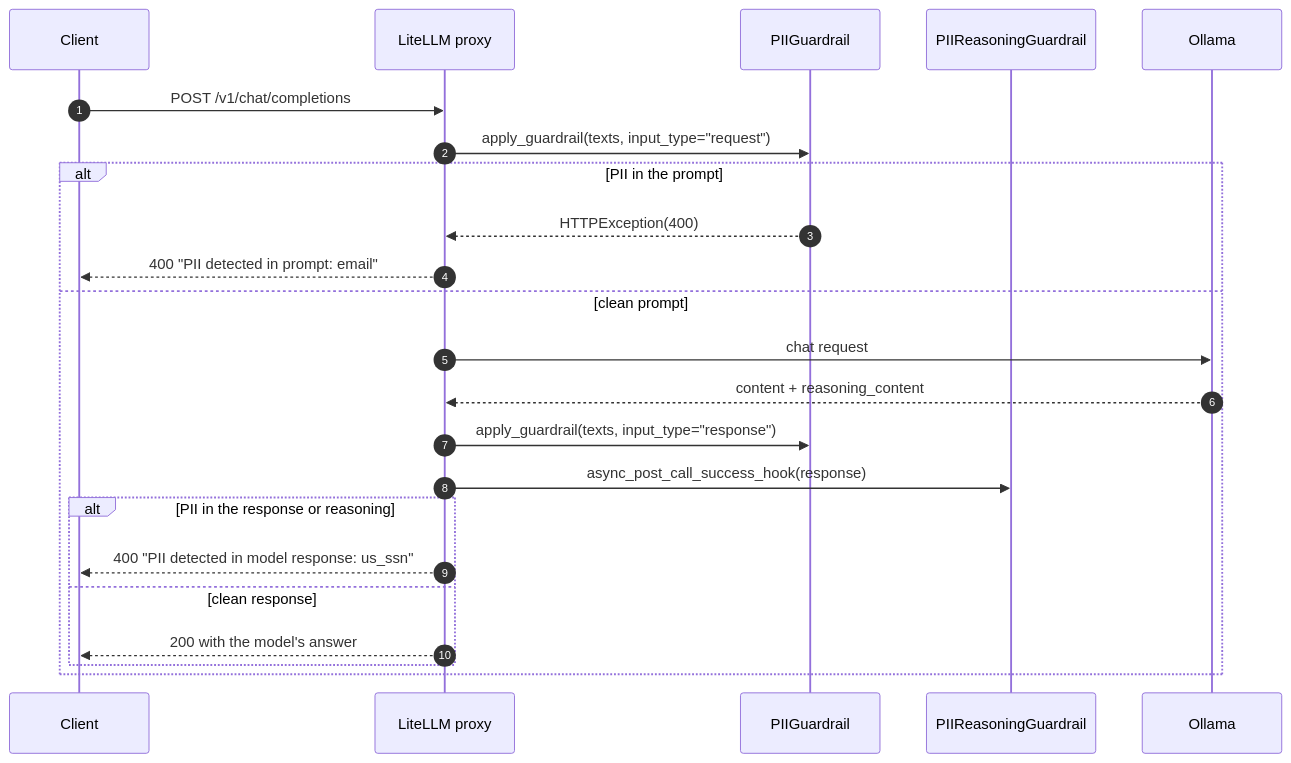
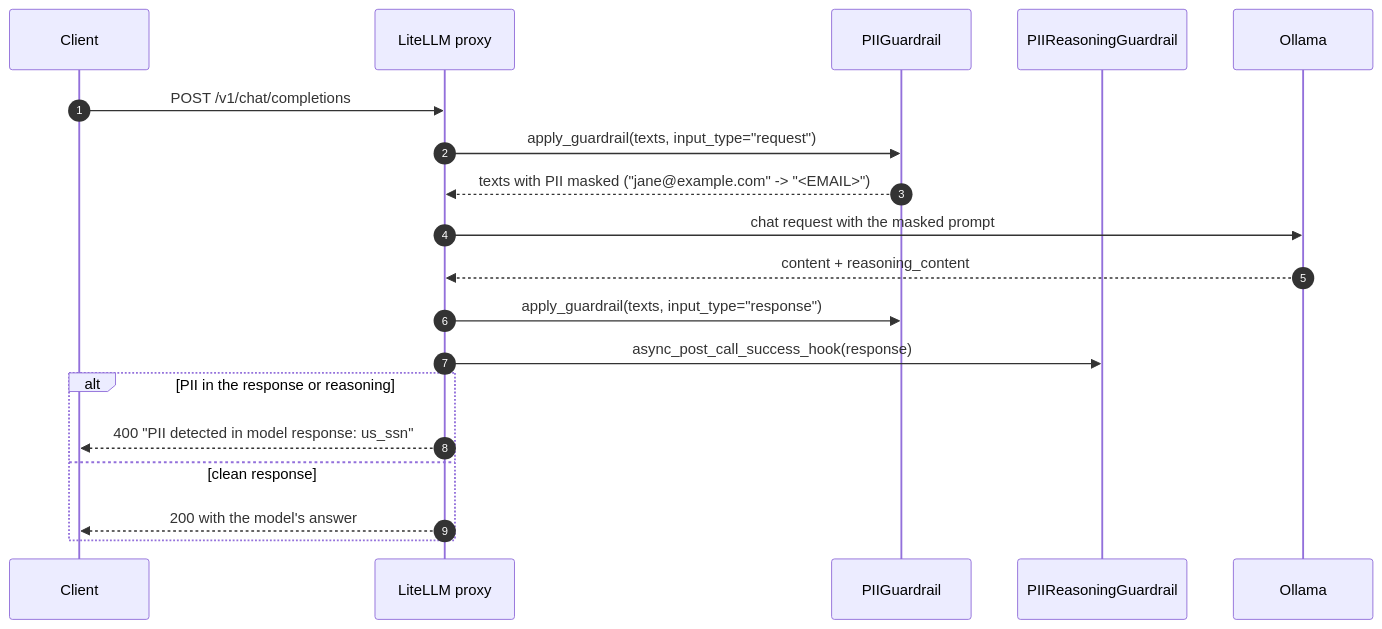
One commit to mshnjffr/litellm-guardrail changed the second of 2 diagrams in docs/implementation.md. Above: the diagram before and after it, drawn with Mermaid. The commit also changed other lines of this file and 3 other files, not shown here.

````diff
--- a/docs/implementation.md
+++ b/docs/implementation.md
@@ -40,26 +39,22 @@
 ```mermaid
 sequenceDiagram
     autonumber
     participant C as Client
     participant L as LiteLLM proxy
     participant G as PIIGuardrail
     participant R as PIIReasoningGuardrail
     participant O as Ollama
 
     C->>L: POST /v1/chat/completions
     L->>G: apply_guardrail(texts, input_type="request")
-    alt PII in the prompt
-        G-->>L: HTTPException(400)
-        L-->>C: 400 "PII detected in prompt: email"
-    else clean prompt
-        L->>O: chat request
-        O-->>L: content + reasoning_content
-        L->>G: apply_guardrail(texts, input_type="response")
-        L->>R: async_post_call_success_hook(response)
-        alt PII in the response or reasoning
-            L-->>C: 400 "PII detected in model response: us_ssn"
-        else clean response
-            L-->>C: 200 with the model's answer
-        end
+    G-->>L: texts with PII masked ("jane@example.com" -> "<EMAIL>")
+    L->>O: chat request with the masked prompt
+    O-->>L: content + reasoning_content
+    L->>G: apply_guardrail(texts, input_type="response")
+    L->>R: async_post_call_success_hook(response)
+    alt PII in the response or reasoning
+        L-->>C: 400 "PII detected in model response: us_ssn"
+    else clean response
+        L-->>C: 200 with the model's answer
     end
 ```
````
